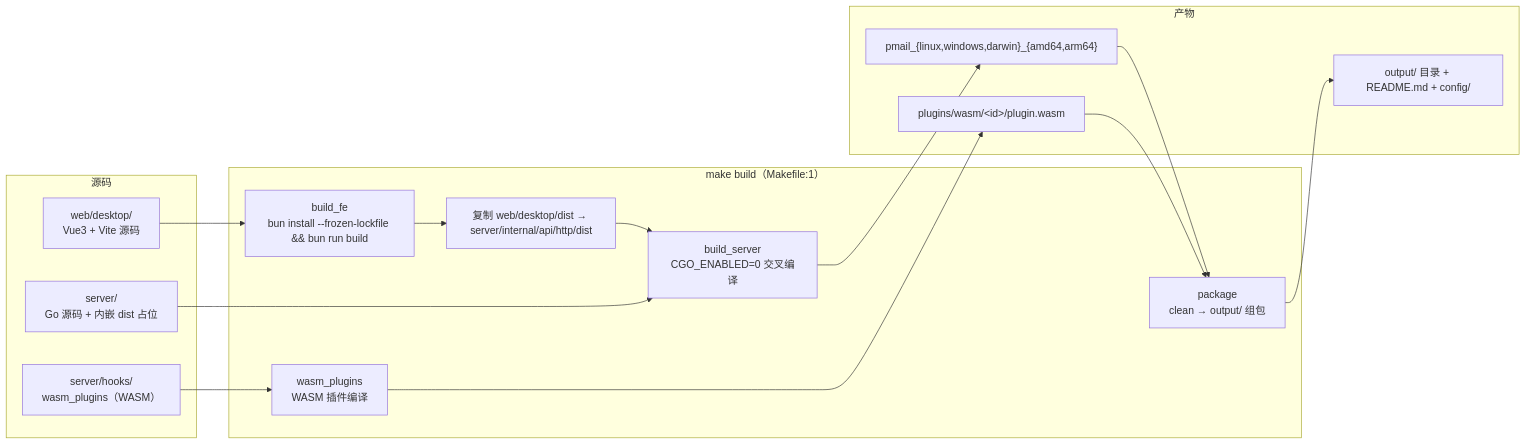
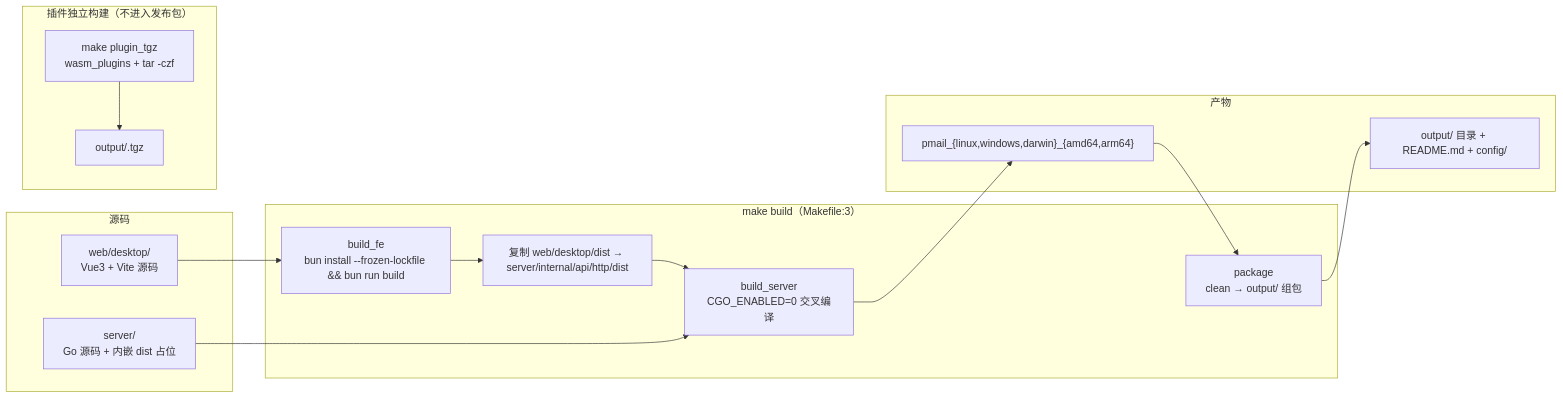
One commit to bambuo/PMail changed the first of 3 diagrams in docs/20-功能/05-构建与部署.md. Above: the diagram before and after it, drawn with Mermaid. The commit also changed other lines of this file and 13 other files, not shown here.

First line of the commit message:
build(plugin): 插件改为 .tgz 手动上传并从镜像移除

````diff
--- a/docs/20-功能/05-构建与部署.md
+++ b/docs/20-功能/05-构建与部署.md
@@ -12,29 +12,30 @@
 ```mermaid
 flowchart LR
   subgraph SRC["源码"]
     desktop["web/desktop/<br/>Vue3 + Vite 源码"]
     go["server/<br/>Go 源码 + 内嵌 dist 占位"]
-    hook["server/hooks/<br/>wasm_plugins（WASM）"]
   end
 
-  subgraph BUILD["make build（Makefile:1）"]
+  subgraph BUILD["make build（Makefile:3）"]
     b1["build_fe<br/>bun install --frozen-lockfile && bun run build"]
     b2["复制 web/desktop/dist → server/internal/api/http/dist"]
     b3["build_server<br/>CGO_ENABLED=0 交叉编译"]
-    b4["wasm_plugins<br/>WASM 插件编译"]
     b5["package<br/>clean → output/ 组包"]
+  end
+
+  subgraph PLUGIN["插件独立构建（不进入发布包）"]
+    p1["make plugin_tgz<br/>wasm_plugins + tar -czf"]
+    p2["output/<id>.tgz"]
   end
 
   subgraph OUT["产物"]
     bin["pmail_{linux,windows,darwin}_{amd64,arm64}"]
-    plug["plugins/wasm/&lt;id&gt;/plugin.wasm"]
     zip["output/ 目录 + README.md + config/"]
   end
 
   desktop --> b1 --> b2 --> b3 --> bin
   go --> b3
-  hook --> b4 --> plug
   bin --> b5
-  plug --> b5
   b5 --> zip
+  p1 --> p2
 ```
````
